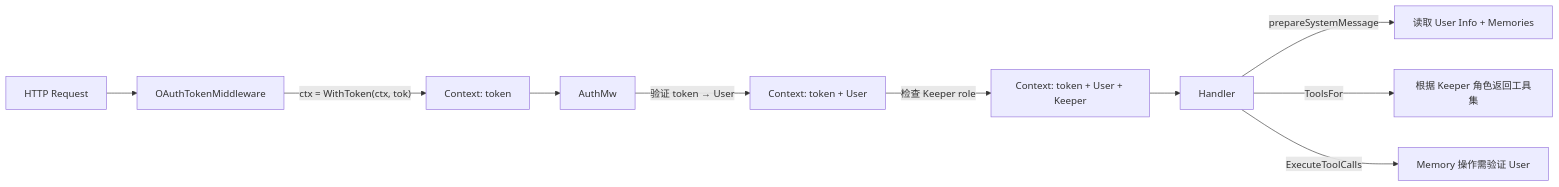
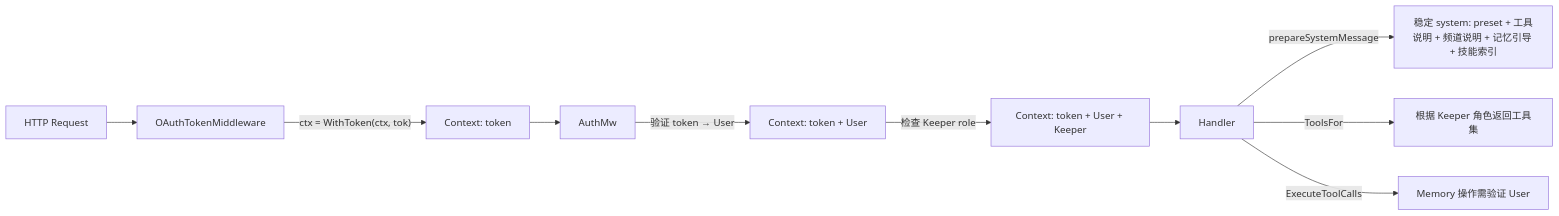
Before and after one commit to liut/morign: the second of 3 diagrams in docs/COMPONENTS.md, drawn with Mermaid. The commit also changed 18 other files, not shown here.

````diff
--- a/docs/COMPONENTS.md
+++ b/docs/COMPONENTS.md
@@ -153,13 +153,13 @@
 ```mermaid
 flowchart LR
     REQ[HTTP Request] --> OT[OAuthTokenMiddleware]
     OT --> |"ctx = WithToken(ctx, tok)"| CTX1[Context: token]
     CTX1 --> AM[AuthMw]
     AM --> |"验证 token → User"| CTX2[Context: token + User]
     CTX2 --> |"检查 Keeper role"| CTX3[Context: token + User + Keeper]
     CTX3 --> HANDLER[Handler]
 
-    HANDLER --> |prepareSystemMessage| SYS[读取 User Info + Memories]
+    HANDLER --> |prepareSystemMessage| SYS[稳定 system: preset + 工具说明 + 频道说明 + 记忆引导 + 技能索引]
     HANDLER --> |ToolsFor| TOOLS[根据 Keeper 角色返回工具集]
     HANDLER --> |ExecuteToolCalls| INVOKE[Memory 操作需验证 User]
 ```
````
